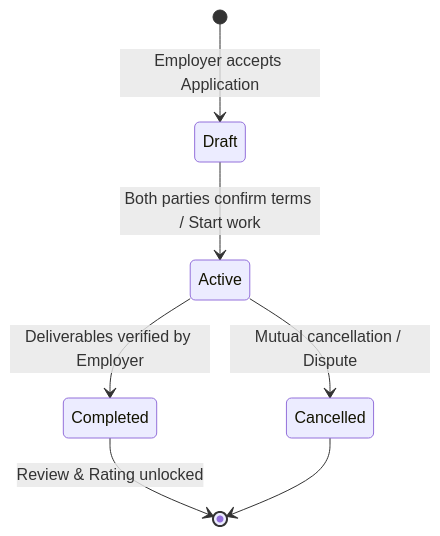
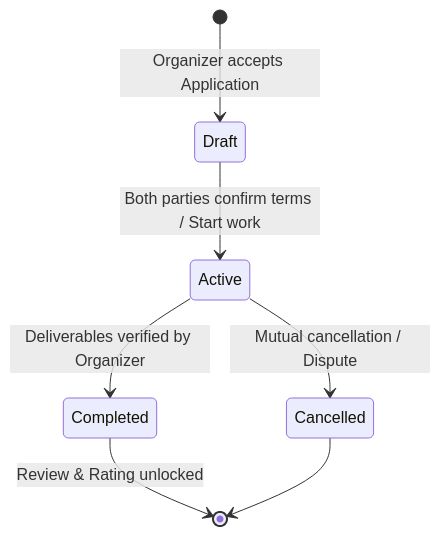
Before and after one commit to BIJJUDAMA/Lynk: the fourth of 4 diagrams in docs/architecture.md, drawn with Mermaid. The commit also changed other lines of this file and 2 other files, not shown here.

Commit message:
docs: update system architecture, readme, and environment template

````diff
--- a/docs/architecture.md
+++ b/docs/architecture.md
@@ -435,9 +399,9 @@
 ```mermaid
 stateDiagram-v2
-    [*] --> Draft: Employer accepts Application
+    [*] --> Draft: Organizer accepts Application
     Draft --> Active: Both parties confirm terms / Start work
-    Active --> Completed: Deliverables verified by Employer
+    Active --> Completed: Deliverables verified by Organizer
     Active --> Cancelled: Mutual cancellation / Dispute
     Completed --> [*]: Review & Rating unlocked
     Cancelled --> [*]
 ```
````
